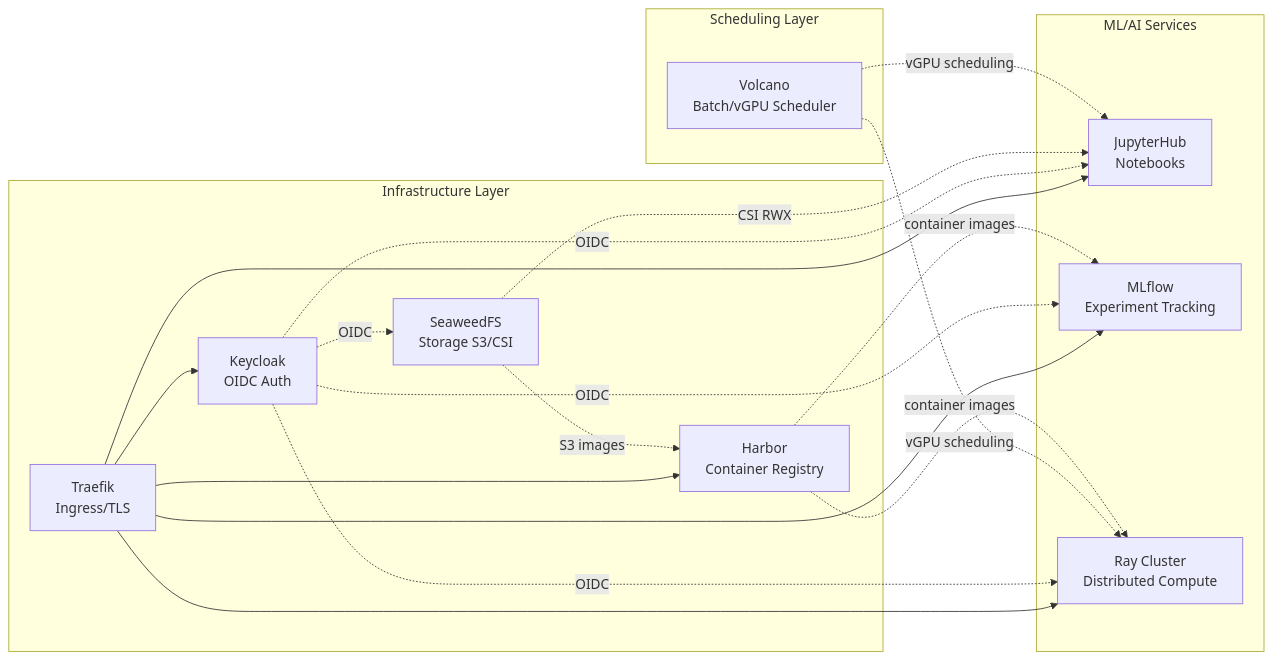
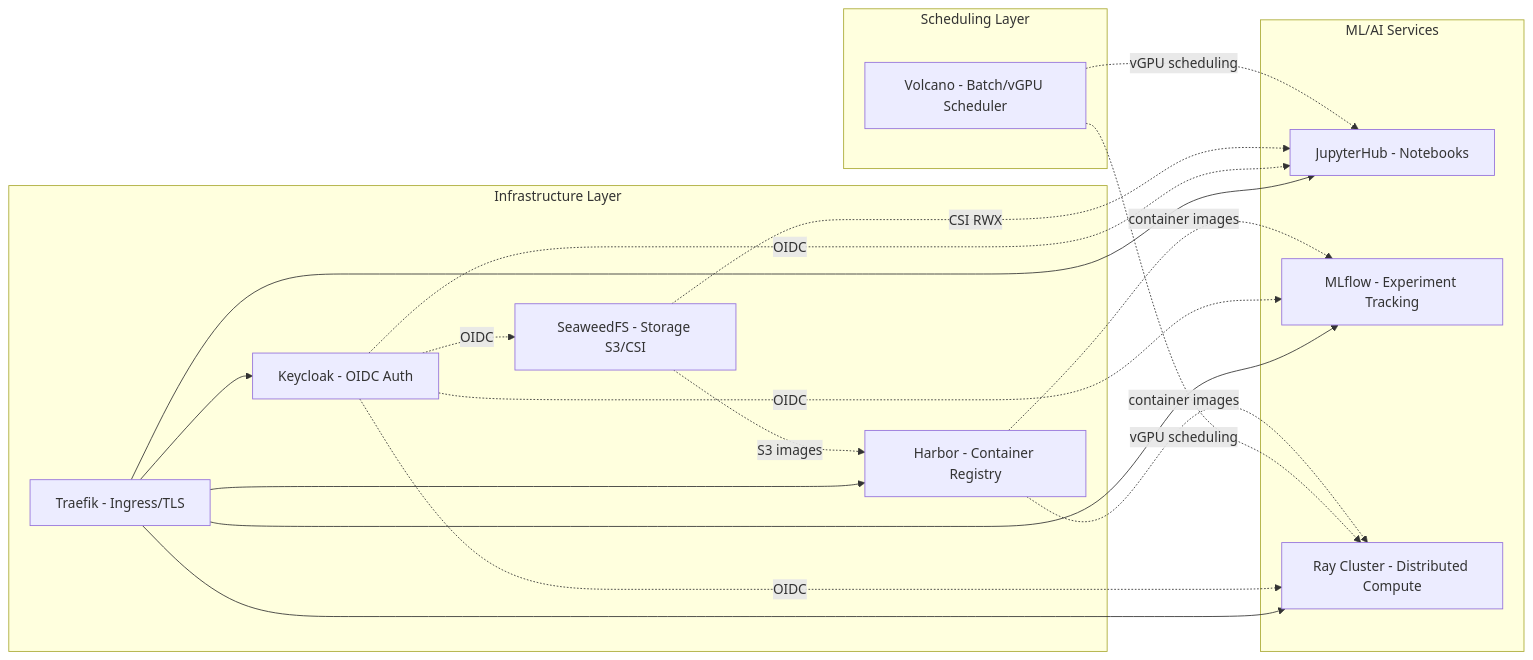
The second of 2 diagrams in architecture-overview.md (fmfi-dai-gpu-servers/compute-wiki), drawn with Mermaid before and after one commit. The commit also changed other lines of this file and 6 other files, not shown here.

Commit message:
change: replace architecture beta with flowcharts

````diff
--- a/architecture-overview.md
+++ b/architecture-overview.md
@@ -54,26 +60,26 @@
 ```mermaid
 flowchart LR
     subgraph infra["Infrastructure Layer"]
-        T[Traefik<br/>Ingress/TLS]
-        K[Keycloak<br/>OIDC Auth]
-        SW[SeaweedFS<br/>Storage S3/CSI]
-        H[Harbor<br/>Container Registry]
+        T["Traefik - Ingress/TLS"]
+        K["Keycloak - OIDC Auth"]
+        SW["SeaweedFS - Storage S3/CSI"]
+        H["Harbor - Container Registry"]
     end
 
     subgraph scheduling["Scheduling Layer"]
-        V[Volcano<br/>Batch/vGPU Scheduler]
+        V["Volcano - Batch/vGPU Scheduler"]
     end
 
     subgraph ml["ML/AI Services"]
-        JH[JupyterHub<br/>Notebooks]
-        ML[MLflow<br/>Experiment Tracking]
-        RC[Ray Cluster<br/>Distributed Compute]
+        JH["JupyterHub - Notebooks"]
+        ML["MLflow - Experiment Tracking"]
+        RC["Ray Cluster - Distributed Compute"]
     end
 
     T --> JH & ML & RC & H & K
     K -.->|OIDC| JH & ML & RC & SW
     SW -.->|S3 images| H
     SW -.->|CSI RWX| JH
     V -.->|vGPU scheduling| JH & RC
     H -.->|container images| RC & ML
 ```
````
